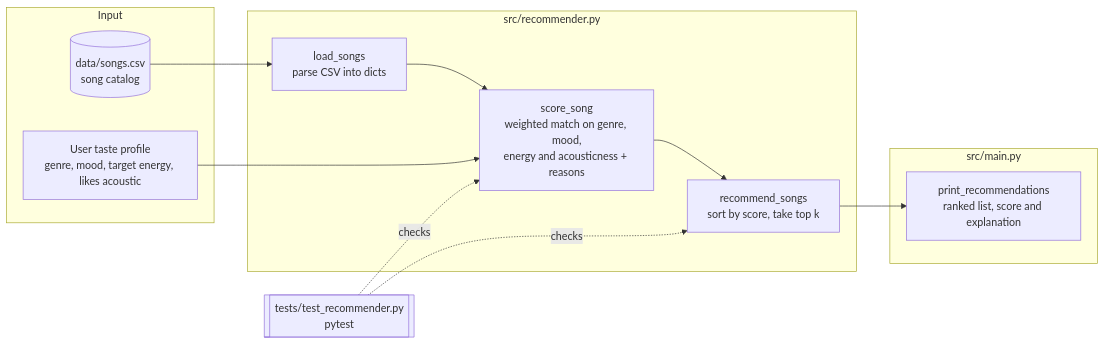
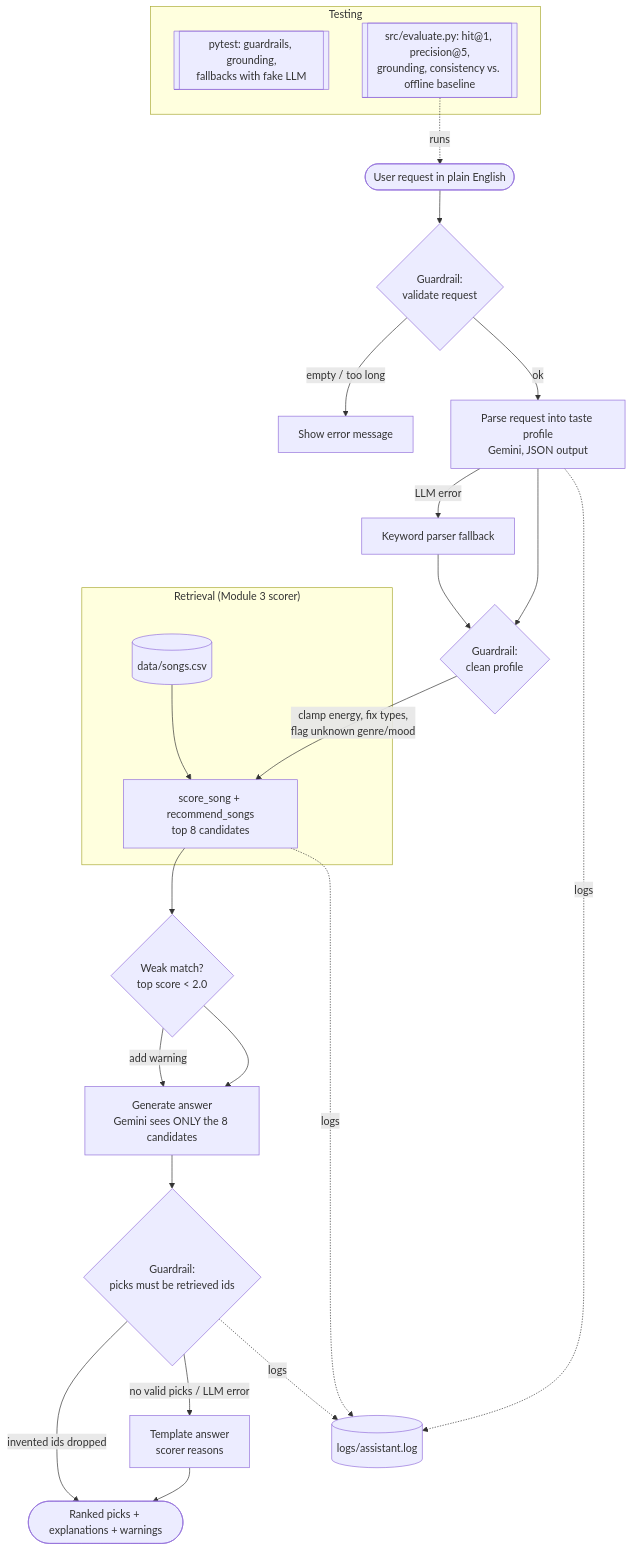
Before and after one commit to TahirZogaj/applied-ai-system-project: the diagram in diagrams/architecture.mmd, drawn with Mermaid. The commit also changed 9 other files, not shown here.

Commit message:
Add Gemini RAG pipeline, guardrails, logging and evaluation harness

```diff
--- a/diagrams/architecture.mmd
+++ b/diagrams/architecture.mmd
@@ -1,25 +1,32 @@
-%% Architecture of the Music Recommender (baseline from Module 3).
-%% Update this diagram as the applied AI system evolves.
-flowchart LR
-    subgraph Input
-        CSV[(data/songs.csv<br/>song catalog)]
-        PROF[User taste profile<br/>genre, mood, target energy, likes acoustic]
+%% Architecture of the AI Music Recommender (RAG over the song catalog).
+flowchart TD
+    U([User request in plain English]) --> G1{Guardrail:<br/>validate request}
+    G1 -- empty / too long --> ERR[Show error message]
+    G1 -- ok --> P[Parse request into taste profile<br/>Gemini, JSON output]
+    P -- LLM error --> KP[Keyword parser fallback]
+    P --> G2{Guardrail:<br/>clean profile}
+    KP --> G2
+    G2 -->|clamp energy, fix types,<br/>flag unknown genre/mood| R
+
+    subgraph Retrieval["Retrieval (Module 3 scorer)"]
+        CSV[(data/songs.csv)] --> R[score_song + recommend_songs<br/>top 8 candidates]
     end
 
-    subgraph Core["src/recommender.py"]
-        LOAD[load_songs<br/>parse CSV into dicts]
-        SCORE[score_song<br/>weighted match on genre, mood,<br/>energy and acousticness + reasons]
-        RANK[recommend_songs<br/>sort by score, take top k]
+    R --> W{Weak match?<br/>top score < 2.0}
+    W -->|add warning| GEN
+    W --> GEN[Generate answer<br/>Gemini sees ONLY the 8 candidates]
+    GEN --> G3{Guardrail:<br/>picks must be retrieved ids}
+    G3 -- invented ids dropped --> OUT
+    G3 -- no valid picks / LLM error --> TPL[Template answer<br/>scorer reasons]
+    TPL --> OUT([Ranked picks + explanations + warnings])
+
+    LOG[(logs/assistant.log)]
+    P -.logs.-> LOG
+    R -.logs.-> LOG
+    G3 -.logs.-> LOG
+
+    subgraph Testing
+        T[[pytest: guardrails, grounding,<br/>fallbacks with fake LLM]]
+        E[[src/evaluate.py: hit@1, precision@5,<br/>grounding, consistency vs. offline baseline]]
     end
-
-    subgraph Output["src/main.py"]
-        PRINT[print_recommendations<br/>ranked list, score and explanation]
-    end
-
-    TEST[[tests/test_recommender.py<br/>pytest]]
-
-    CSV --> LOAD --> SCORE
-    PROF --> SCORE
-    SCORE --> RANK --> PRINT
-    TEST -.checks.-> SCORE
-    TEST -.checks.-> RANK
+    E -.runs.-> U
```
